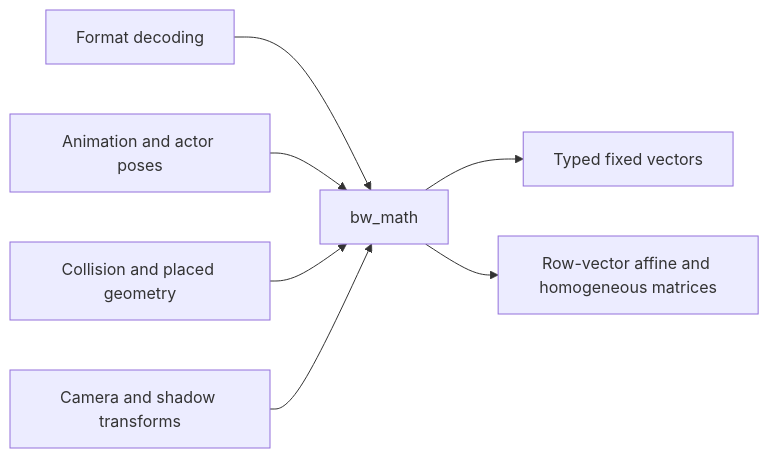
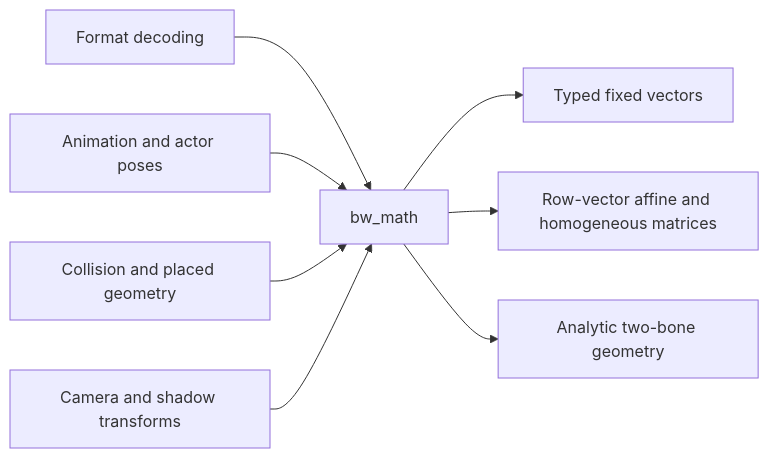
The diagram in docs/architecture/shared-math.md (plainsight-systems/bullet-witch), drawn with Mermaid before and after one commit. The commit also changed other lines of this file and 76 other files, not shown here.

````diff
--- a/docs/architecture/shared-math.md
+++ b/docs/architecture/shared-math.md
@@ -9,9 +9,10 @@
 ```mermaid
 flowchart LR
   Formats[Format decoding] --> Math[bw_math]
   Animation[Animation and actor poses] --> Math
   Scene[Collision and placed geometry] --> Math
   Render[Camera and shadow transforms] --> Math
   Math --> Vector[Typed fixed vectors]
   Math --> Matrix[Row-vector affine and homogeneous matrices]
+  Math --> Limb[Analytic two-bone geometry]
 ```
````
